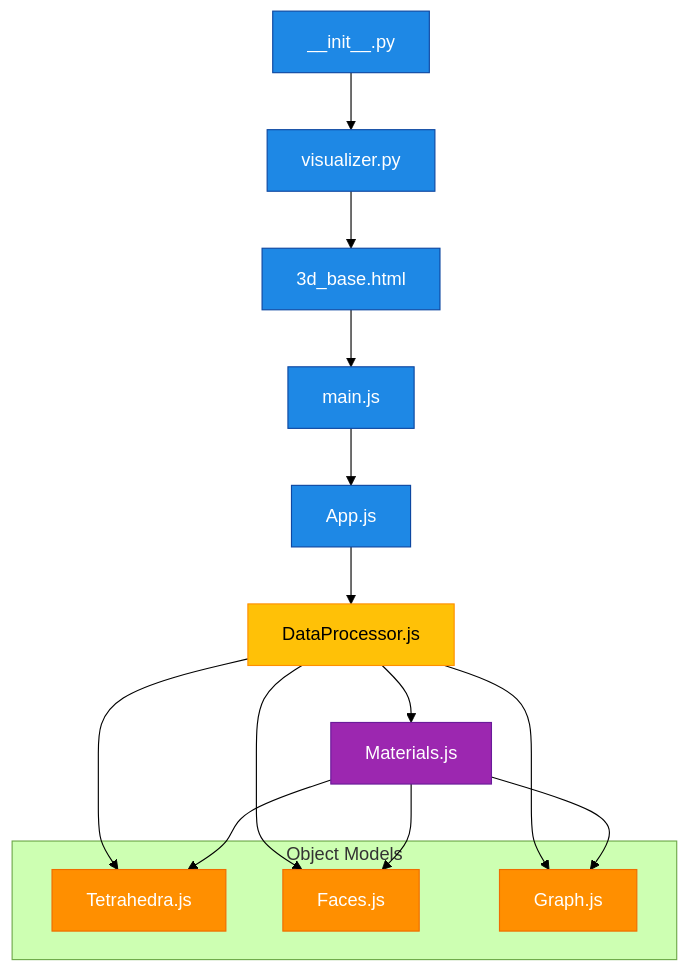
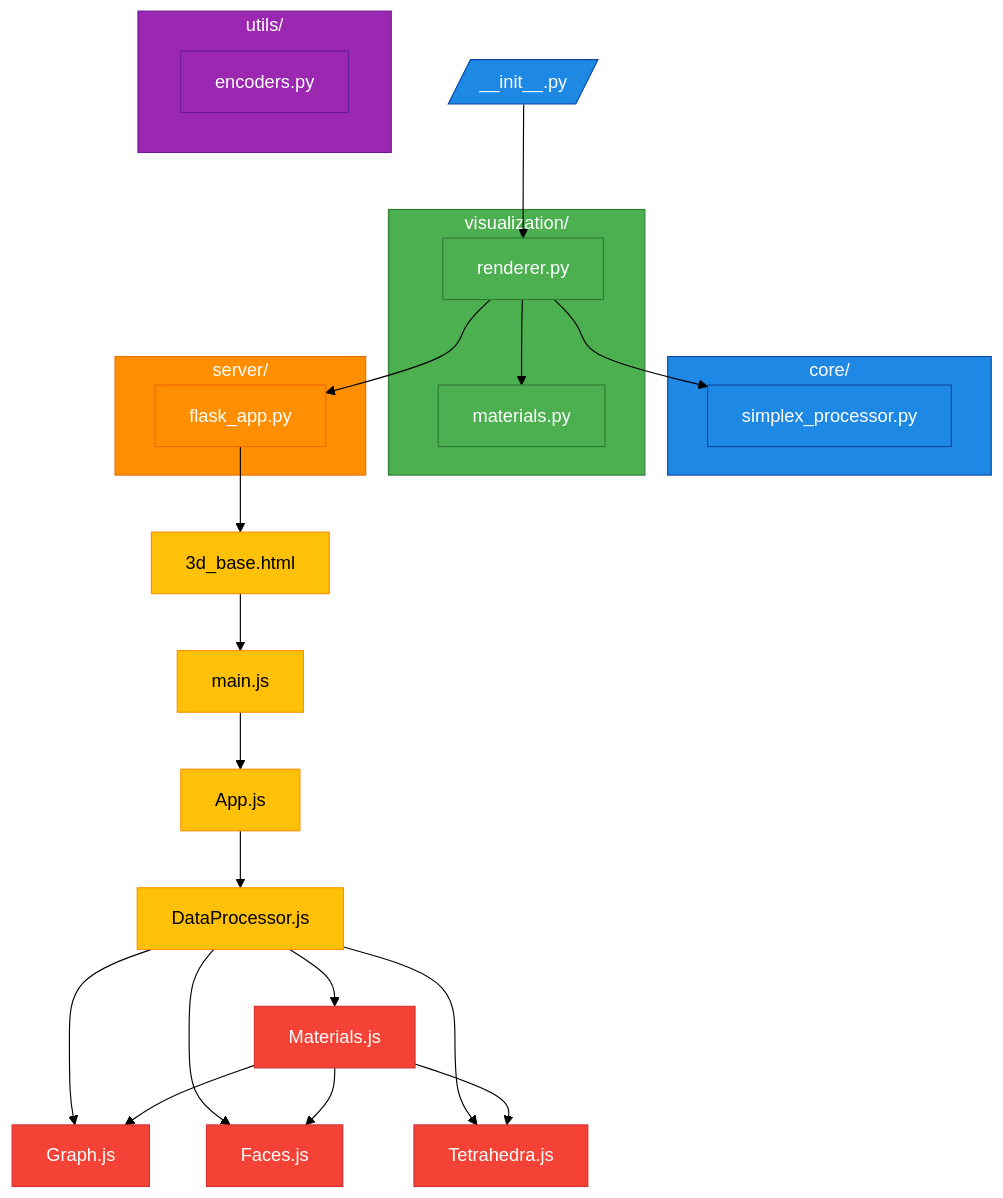
The diagram in README.md (Jamiller137/zen-sight), drawn with Mermaid (forest theme) before and after one commit. The commit also changed other lines of this file, not shown here.

````diff
--- a/README.md
+++ b/README.md
@@ -8,46 +8,64 @@
 ```mermaid
 graph TD
     %% Color definitions
     classDef core fill:#1e88e5,color:white,stroke:#0d47a1
-    classDef ui fill:#4caf50,color:white,stroke:#2e7d32
-    classDef models fill:#ff8f00,color:white,stroke:#ef6c00
+    classDef viz fill:#4caf50,color:white,stroke:#2e7d32
     classDef utils fill:#9c27b0,color:white,stroke:#6a1b9a
-    classDef services fill:#ffc107,color:black,stroke:#ff8f00
+    classDef server fill:#ff8f00,color:white,stroke:#ef6c00
+    classDef frontend fill:#ffc107,color:black,stroke:#ff8f00
+    classDef js_models fill:#f44336,color:white,stroke:#d32f2f
 
-    %% Backend
-    A[visualizer.py] --> B[3d_base.html]
-    I[__init__.py] --> A
+    %% Package Structure
+    Init[/__init__.py/] --> Renderer
 
-    %% Core Application
-    B --> W[main.js]
-    W --> C[App.js]
-
-    %% Data Processing
-    C --> M[DataProcessor.js]
-
-    %% Materials
-    M --> MT[Materials.js]
-
-    %% Entity Models
-    subgraph EntityModels ["Object Models"]
-        T[Tetrahedra.js]
-        F[Faces.js]
-        G[Graph.js]
+    %% Core Module
+    subgraph Core [core/]
+        SP[simplex_processor.py]
     end
 
-    M --> T
-    M --> F
-    M --> G
+    %% Visualization Module
+    subgraph Viz [visualization/]
+        Renderer[renderer.py]
+        Materials[materials.py]
+    end
 
-    MT --> T
-    MT --> F
-    MT --> G
+    %% Utils Module
+    subgraph Utils [utils/]
+        Encoders[encoders.py]
+    end
+
+    %% Server Module
+    subgraph Server [server/]
+        FlaskApp[flask_app.py]
+    end
+
+    %% Component relationships
+    Renderer --> SP
+    Renderer --> Materials
+    Renderer --> FlaskApp
+    FlaskApp --> HTML[3d_base.html]
+
+    %% JavaScript Frontend
+    HTML --> Main[main.js]
+    Main --> AppJS[App.js]
+    AppJS --> DP[DataProcessor.js]
+
+    %% JS Models
+    DP --> MatJS[Materials.js]
+    DP --> GraphJS[Graph.js]
+    DP --> FacesJS[Faces.js]
+    DP --> TetraJS[Tetrahedra.js]
+
+    MatJS --> GraphJS
+    MatJS --> FacesJS
+    MatJS --> TetraJS
 
     %% Apply classes
-    class A,B,I core
-    class C,W core
-    class M services
-    class T,F,G models
-    class MT utils
+    class Init,Core,SP core
+    class Viz,Renderer,Materials viz
+    class Utils,Encoders utils
+    class Server,FlaskApp server
+    class HTML,Main,AppJS,DP frontend
+    class MatJS,GraphJS,FacesJS,TetraJS js_models
 
 ```
````
